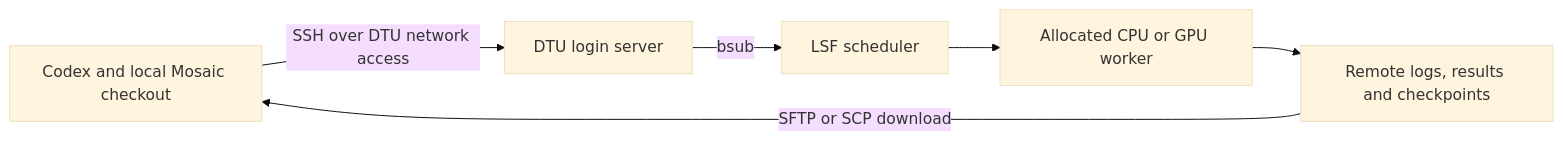
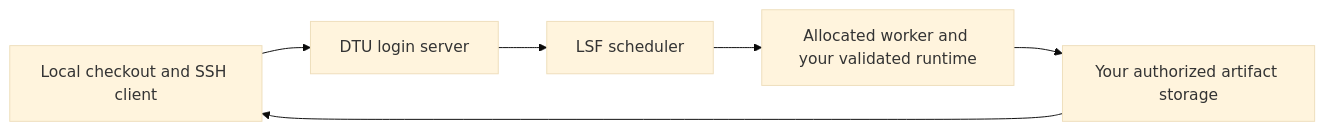
One commit to NikolajHJ/mosaic changed the diagram in docs/codex_dtu_hpc_integration.md. Above: the diagram before and after it, drawn with Mermaid (base theme). The commit also changed other lines of this file and 928 other files, not shown here.

````diff
--- a/docs/codex_dtu_hpc_integration.md
+++ b/docs/codex_dtu_hpc_integration.md
@@ -11,8 +19,8 @@
 ```mermaid
 flowchart LR
-    A[Codex and local Mosaic checkout] -->|SSH over DTU network access| B[DTU login server]
-    B -->|bsub| C[LSF scheduler]
-    C --> D[Allocated CPU or GPU worker]
-    D --> E[Remote logs, results and checkpoints]
-    E -->|SFTP or SCP download| A
+    A[Local checkout and SSH client] --> B[DTU login server]
+    B --> C[LSF scheduler]
+    C --> D[Allocated worker and your validated runtime]
+    D --> E[Your authorized artifact storage]
+    E --> A
 ```
````
